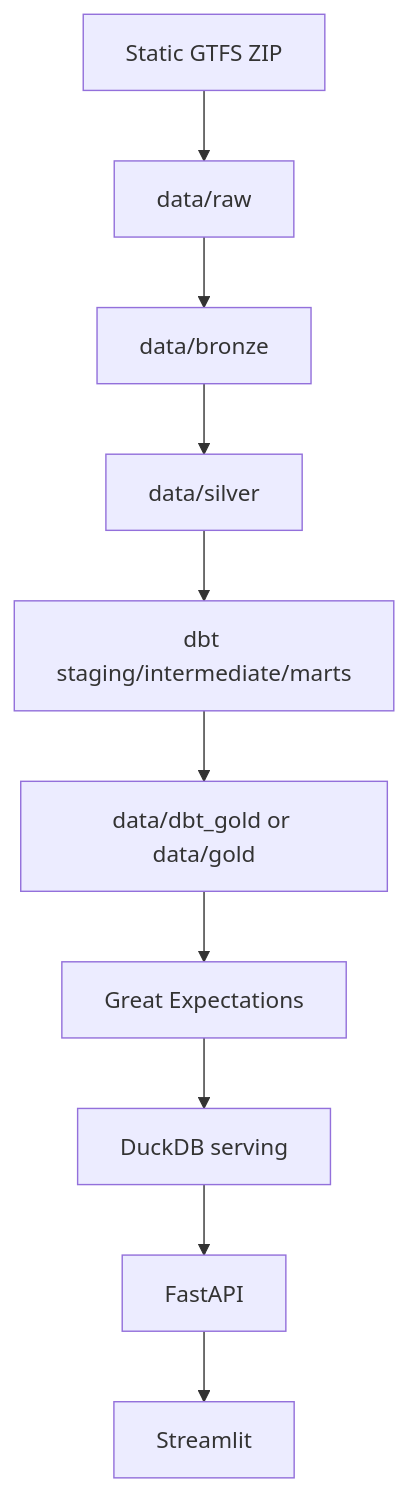
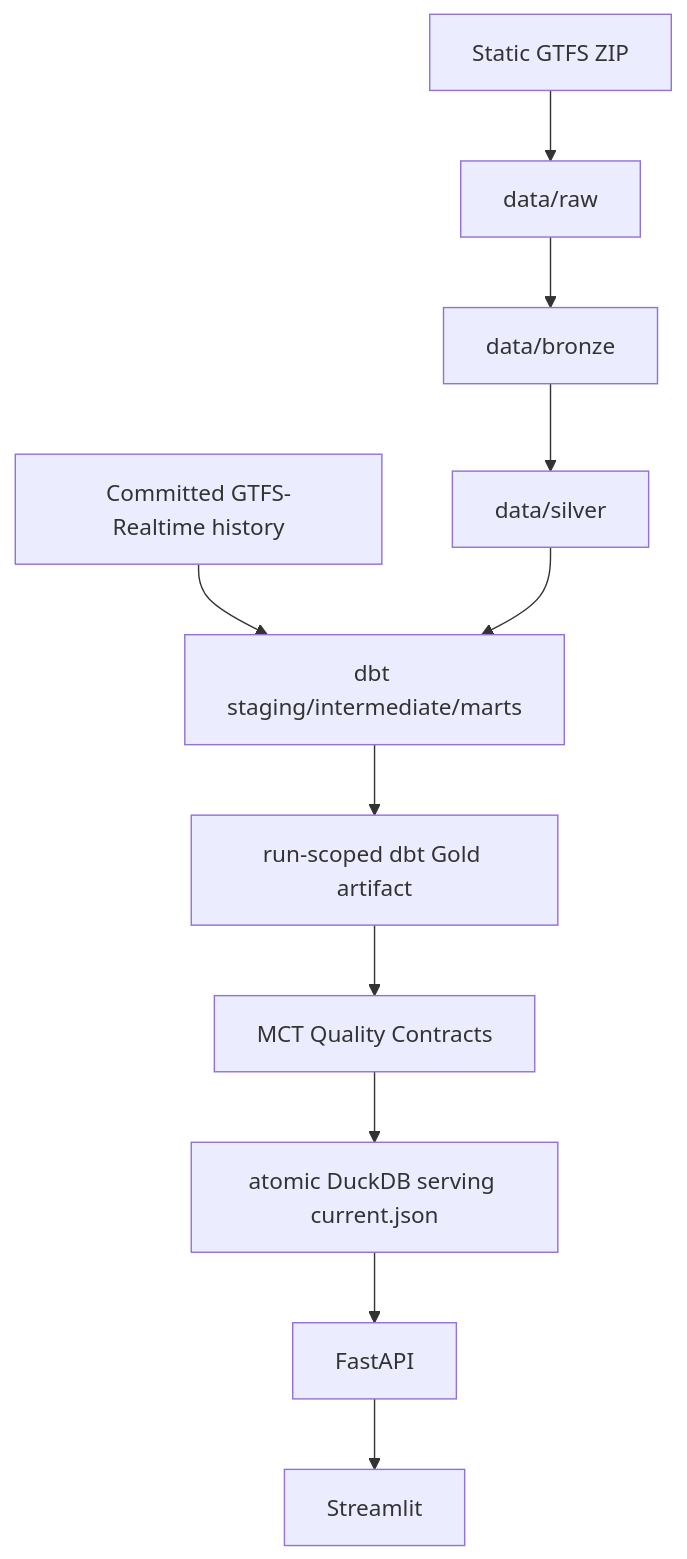
Before and after one commit to KYoussefAI/Mobility_Control_Tower: the diagram in docs/architecture/data_flow.md, drawn with Mermaid. The commit also changed other lines of this file and 206 other files, not shown here.

````diff
--- a/docs/architecture/data_flow.md
+++ b/docs/architecture/data_flow.md
@@ -3,12 +3,13 @@
 ```mermaid
 flowchart TD
     GTFS[Static GTFS ZIP] --> RAW[data/raw]
     RAW --> BRONZE[data/bronze]
     BRONZE --> SILVER[data/silver]
+    RT[Committed GTFS-Realtime history] --> DBT[dbt staging/intermediate/marts]
     SILVER --> DBT[dbt staging/intermediate/marts]
-    DBT --> GOLD[data/dbt_gold or data/gold]
-    GOLD --> GE[Great Expectations]
-    GE --> SERVE[DuckDB serving]
+    DBT --> GOLD[run-scoped dbt Gold artifact]
+    GOLD --> QC[MCT Quality Contracts]
+    QC --> SERVE[atomic DuckDB serving current.json]
     SERVE --> API[FastAPI]
     API --> DASH[Streamlit]
 ```
````
